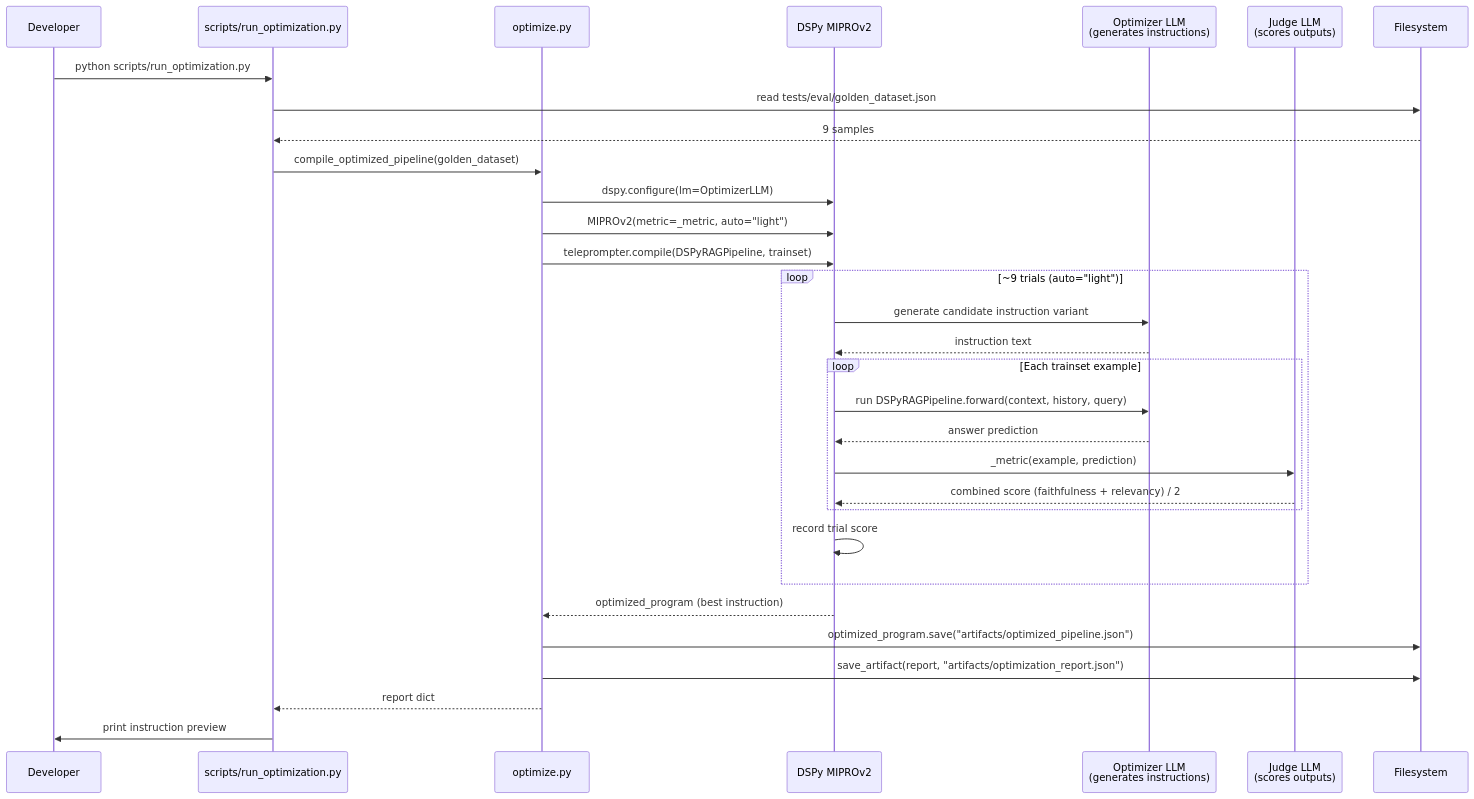
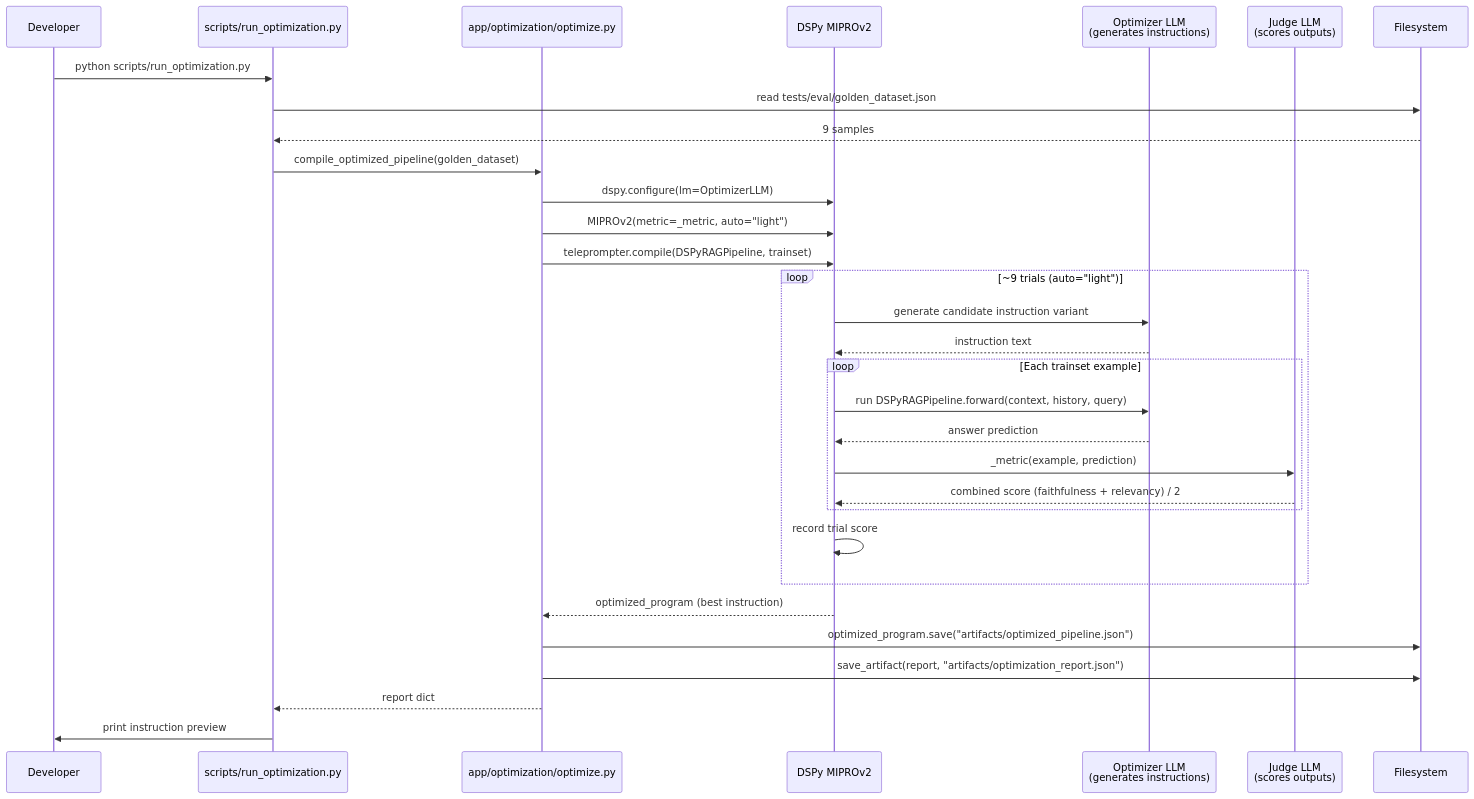
The seventh of 8 diagrams in README.md (yanyetang/nexus-chat-api), drawn with Mermaid before and after one commit.

````diff
--- a/README.md
+++ b/README.md
@@ -326,43 +326,43 @@
 ```mermaid
 sequenceDiagram
     participant Dev as Developer
     participant Script as scripts/run_optimization.py
-    participant Optimize as optimize.py
+    participant Optimize as app/optimization/optimize.py
     participant DSPy as DSPy MIPROv2
     participant OptimizerLLM as Optimizer LLM<br/>(generates instructions)
     participant Judge as Judge LLM<br/>(scores outputs)
     participant FS as Filesystem
 
     Dev->>Script: python scripts/run_optimization.py
 
     Script->>FS: read tests/eval/golden_dataset.json
     FS-->>Script: 9 samples
 
     Script->>Optimize: compile_optimized_pipeline(golden_dataset)
 
     Optimize->>DSPy: dspy.configure(lm=OptimizerLLM)
     Optimize->>DSPy: MIPROv2(metric=_metric, auto="light")
     Optimize->>DSPy: teleprompter.compile(DSPyRAGPipeline, trainset)
 
     loop ~9 trials (auto="light")
         DSPy->>OptimizerLLM: generate candidate instruction variant
         OptimizerLLM-->>DSPy: instruction text
 
         loop Each trainset example
             DSPy->>OptimizerLLM: run DSPyRAGPipeline.forward(context, history, query)
             OptimizerLLM-->>DSPy: answer prediction
             DSPy->>Judge: _metric(example, prediction)
             Judge-->>DSPy: combined score (faithfulness + relevancy) / 2
         end
 
         DSPy->>DSPy: record trial score
     end
 
     DSPy-->>Optimize: optimized_program (best instruction)
 
     Optimize->>FS: optimized_program.save("artifacts/optimized_pipeline.json")
     Optimize->>FS: save_artifact(report, "artifacts/optimization_report.json")
     Optimize-->>Script: report dict
 
     Script->>Dev: print instruction preview
 ```
````
